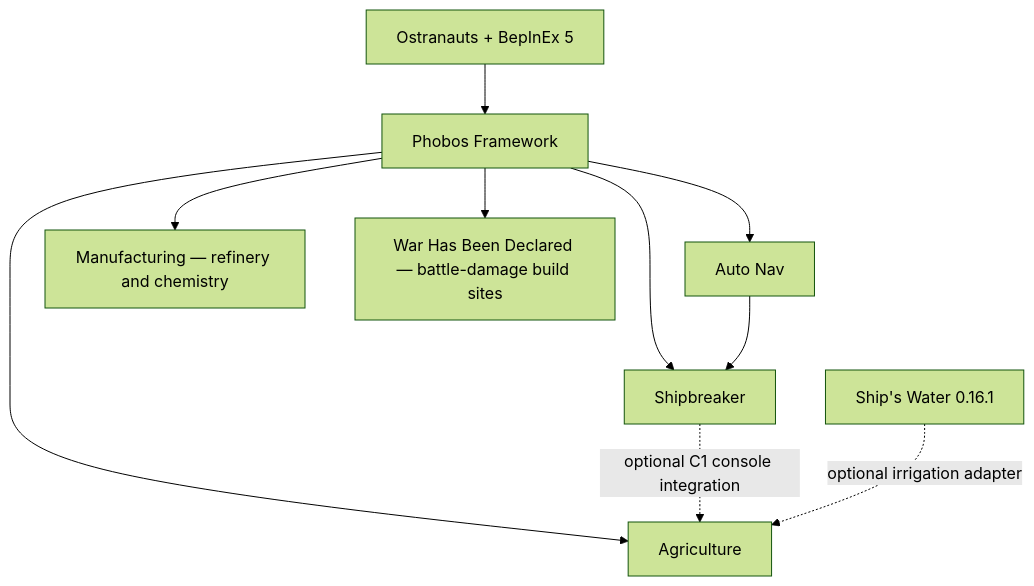
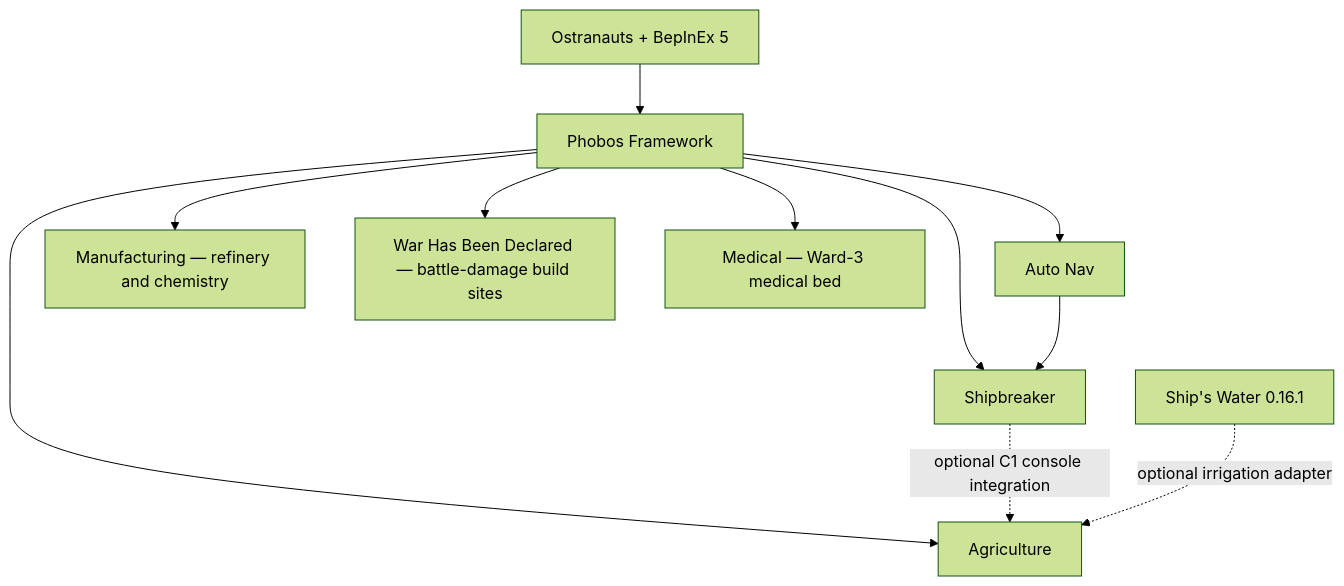
The diagram in README.md (phobos-dthorga/phobos-ostranauts), drawn with Mermaid (forest theme) before and after one commit. The commit also changed other lines of this file and 81 other files, not shown here.

First line of the commit message:
Halewright Ward-3 medical bed: Phobos Medical 0.1.0, Framework 0.82.0

````diff
--- a/README.md
+++ b/README.md
@@ -51,12 +52,13 @@
 ```mermaid
 flowchart TD
     Game["Ostranauts + BepInEx 5"] --> Framework["Phobos Framework"]
     Framework --> Shipbreaker["Shipbreaker"]
     Framework --> AutoNav["Auto Nav"]
     AutoNav --> Shipbreaker
     Framework --> Agriculture["Agriculture"]
     Framework --> Manufacturing["Manufacturing — refinery and chemistry"]
     Framework --> WarDeclared["War Has Been Declared — battle-damage build sites"]
+    Framework --> Medical["Medical — Ward-3 medical bed"]
     Shipbreaker -. "optional C1 console integration" .-> Agriculture
     Water["Ship's Water 0.16.1"] -. "optional irrigation adapter" .-> Agriculture
 ```
````
